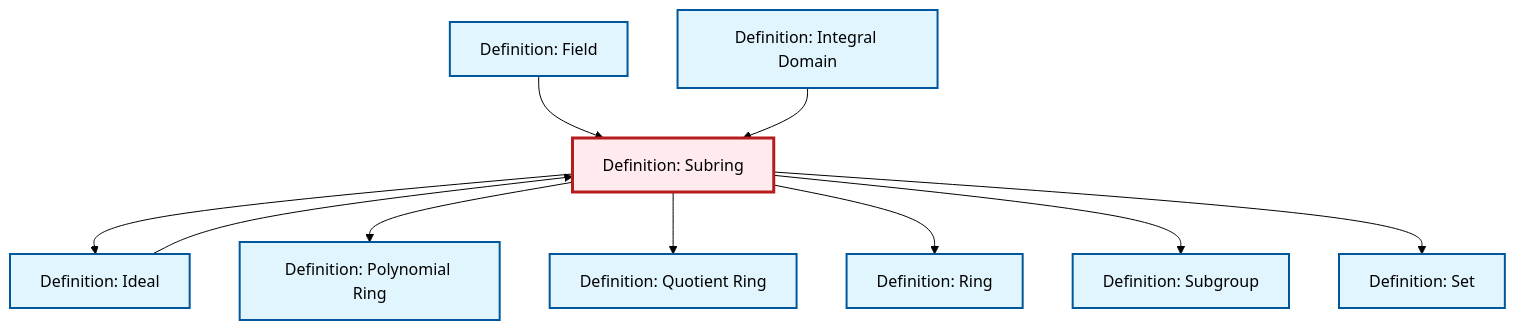
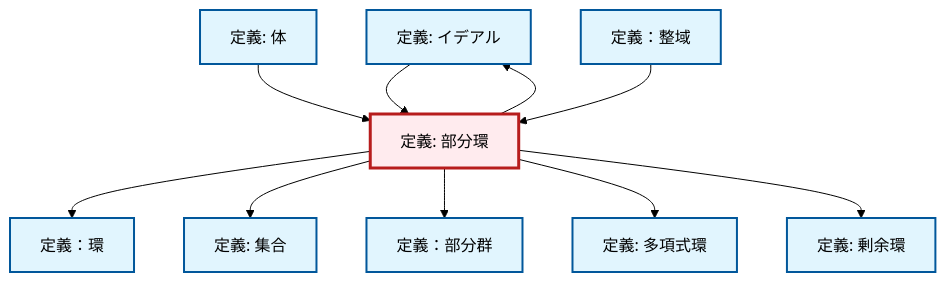
Before and after one commit to RK0429/ModernMath: the diagram in content/ja/algebra/def-subring.qmd, drawn with Mermaid (forest theme). The commit also changed 1069 other files, not shown here.

````diff
--- a/content/ja/algebra/def-subring.qmd
+++ b/content/ja/algebra/def-subring.qmd
@@ -85,36 +85,36 @@
 ```{mermaid}
 %%| fig-cap: "Local dependency graph"
 graph TD
     classDef definition fill:#e1f5fe,stroke:#01579b,stroke-width:2px
     classDef theorem fill:#f3e5f5,stroke:#4a148c,stroke-width:2px
     classDef axiom fill:#fff3e0,stroke:#e65100,stroke-width:2px
     classDef example fill:#e8f5e9,stroke:#1b5e20,stroke-width:2px
     classDef current fill:#ffebee,stroke:#b71c1c,stroke-width:3px
-    def-set["Definition: Set"]:::definition
-    def-polynomial-ring["Definition: Polynomial Ring"]:::definition
-    def-quotient-ring["Definition: Quotient Ring"]:::definition
-    def-field["Definition: Field"]:::definition
-    def-ring["Definition: Ring"]:::definition
-    def-subgroup["Definition: Subgroup"]:::definition
-    def-ideal["Definition: Ideal"]:::definition
-    def-integral-domain["Definition: Integral Domain"]:::definition
-    def-subring["Definition: Subring"]:::definition
+    def-set["定義: 集合"]:::definition
+    def-ideal["定義: イデアル"]:::definition
+    def-polynomial-ring["定義: 多項式環"]:::definition
+    def-field["定義: 体"]:::definition
+    def-quotient-ring["定義: 剰余環"]:::definition
+    def-subgroup["定義：部分群"]:::definition
+    def-integral-domain["定義：整域"]:::definition
+    def-ring["定義：環"]:::definition
+    def-subring["定義: 部分環"]:::definition
+    def-subring --> def-ring
+    def-subring --> def-set
+    def-subring --> def-subgroup
+    def-subring --> def-polynomial-ring
     def-field --> def-subring
     def-subring --> def-ideal
-    def-subring --> def-polynomial-ring
+    def-subring --> def-quotient-ring
     def-ideal --> def-subring
     def-integral-domain --> def-subring
-    def-subring --> def-quotient-ring
-    def-subring --> def-ring
-    def-subring --> def-subgroup
-    def-subring --> def-set
     class def-subring current
-    click def-set "def-set.html" "Definition: Setへ"
-    click def-polynomial-ring "def-polynomial-ring.html" "Definition: Polynomial Ringへ"
-    click def-quotient-ring "def-quotient-ring.html" "Definition: Quotient Ringへ"
-    click def-field "def-field.html" "Definition: Fieldへ"
-    click def-ring "def-ring.html" "Definition: Ringへ"
-    click def-subgroup "def-subgroup.html" "Definition: Subgroupへ"
-    click def-ideal "def-ideal.html" "Definition: Idealへ"
-    click def-integral-domain "def-integral-domain.html" "Definition: Integral Domainへ"
+    click def-set "def-set.html" "集合の定義へ"
+    click def-ideal "def-ideal.html" "イデアルの定義へ"
+    click def-polynomial-ring "def-polynomial-ring.html" "多項式環の定義へ"
+    click def-field "def-field.html" "体の定義へ"
+    click def-quotient-ring "def-quotient-ring.html" "剰余環の定義へ"
+    click def-subgroup "def-subgroup.html" "定義：部分群へ"
+    click def-integral-domain "def-integral-domain.html" "定義：整域へ"
+    click def-ring "def-ring.html" "定義：環へ"
 ```
````
